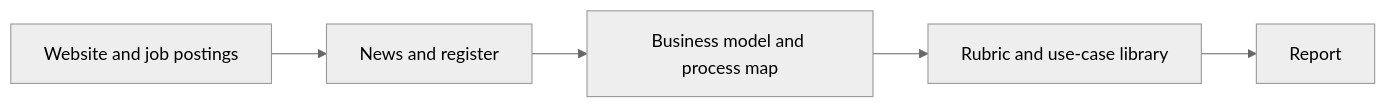
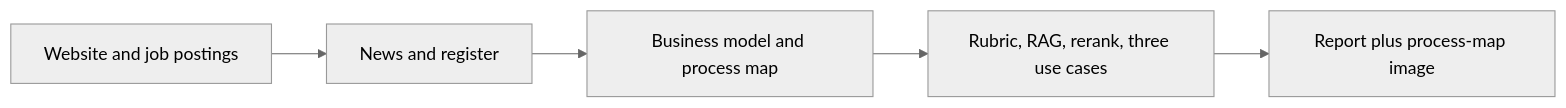
One commit to Ztirf91/Project3---AI-Use-case-identifier changed the diagram in README.md. Above: the diagram before and after it, drawn with Mermaid (neutral theme). The commit also changed other lines of this file, not shown here.

First line of the commit message:
Align README with rerank, redesign section, and process-map PNGs.

````diff
--- a/README.md
+++ b/README.md
@@ -19,7 +20,7 @@
 ```mermaid
 flowchart LR
   site[Website and job postings] --> search[News and register]
   search --> model[Business model and process map]
-  model --> match[Rubric and use-case library]
-  match --> report[Report]
+  model --> match[Rubric, RAG, rerank, three use cases]
+  match --> report[Report plus process-map image]
 ```
````
